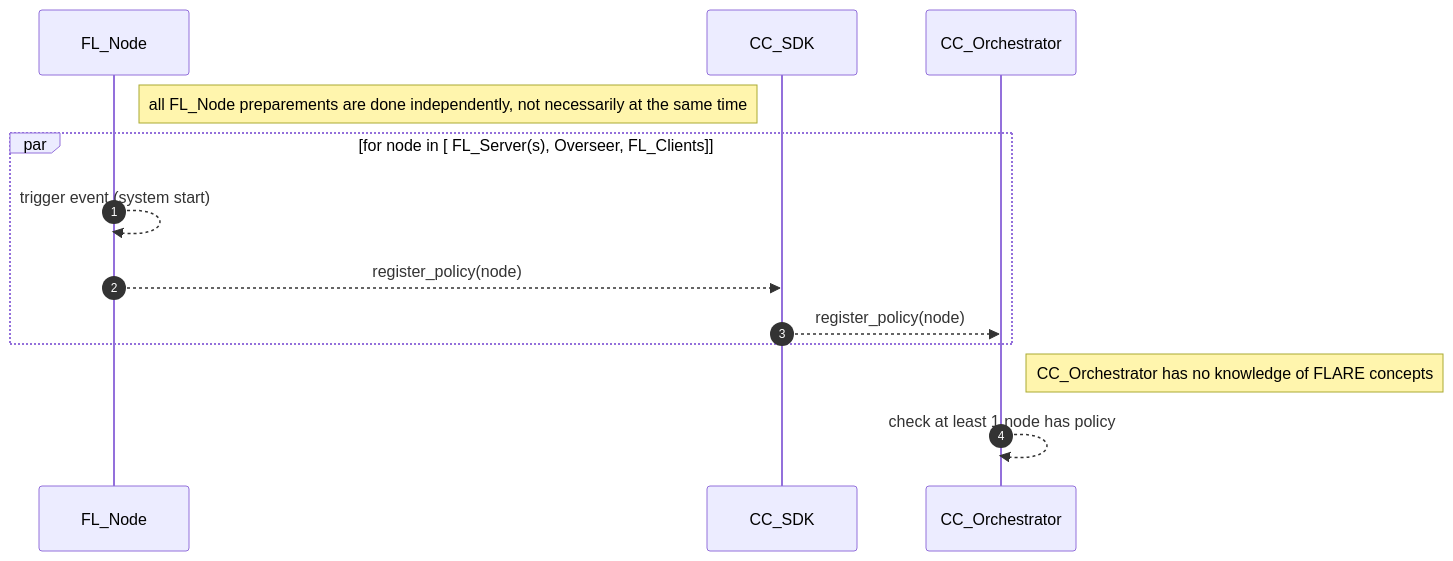
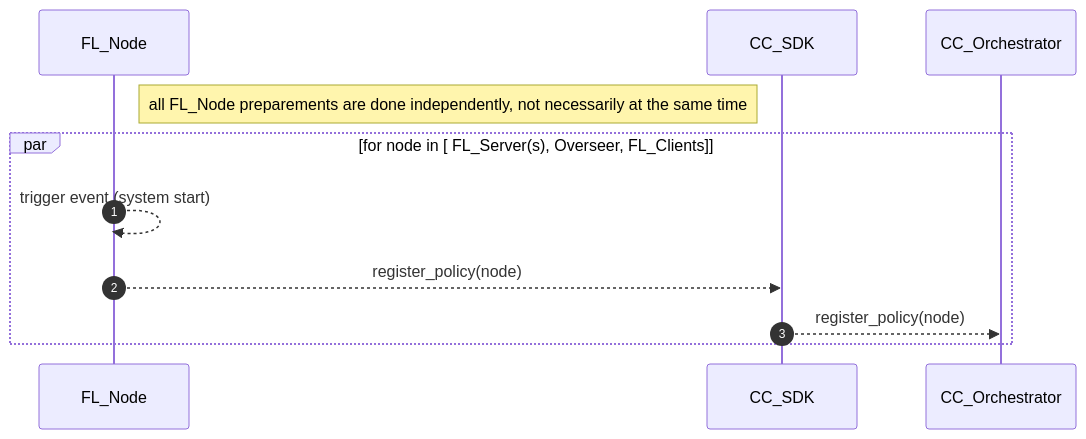
One commit to hitesh-ag1/NVFlare changed the sixth of 13 diagrams in docs/confidential_computing/detailed_cc_sequence_diagram.md. Above: the diagram before and after it, drawn with Mermaid.

Commit message:
Sequence diagram for CC

````diff
--- a/docs/confidential_computing/detailed_cc_sequence_diagram.md
+++ b/docs/confidential_computing/detailed_cc_sequence_diagram.md
@@ -151,16 +151,14 @@
 ```mermaid
 sequenceDiagram
    autonumber
     participant FL_Node
     participant CC_SDK
     participant CC_Orchestrator
     note right of FL_Node : all FL_Node preparements are done independently, not necessarily at the same time
     par for node in [ FL_Server(s), Overseer, FL_Clients]
         FL_Node -->> FL_Node: trigger event (system start) 
         FL_Node -->> CC_SDK: register_policy(node)
         CC_SDK -->> CC_Orchestrator: register_policy(node)
     end     
-    Note right of CC_Orchestrator: CC_Orchestrator has no knowledge of FLARE concepts
-    CC_Orchestrator -->> CC_Orchestrator: check at least 1 node has policy 
     
 ```
````
